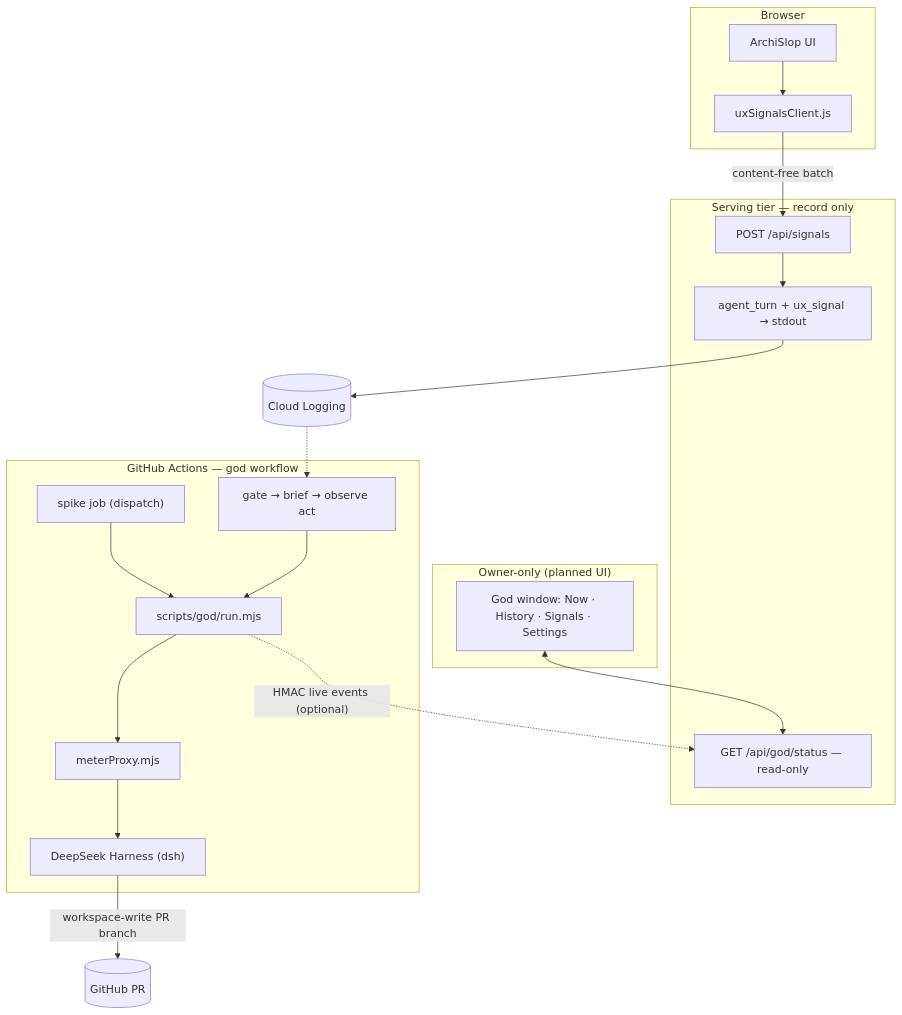
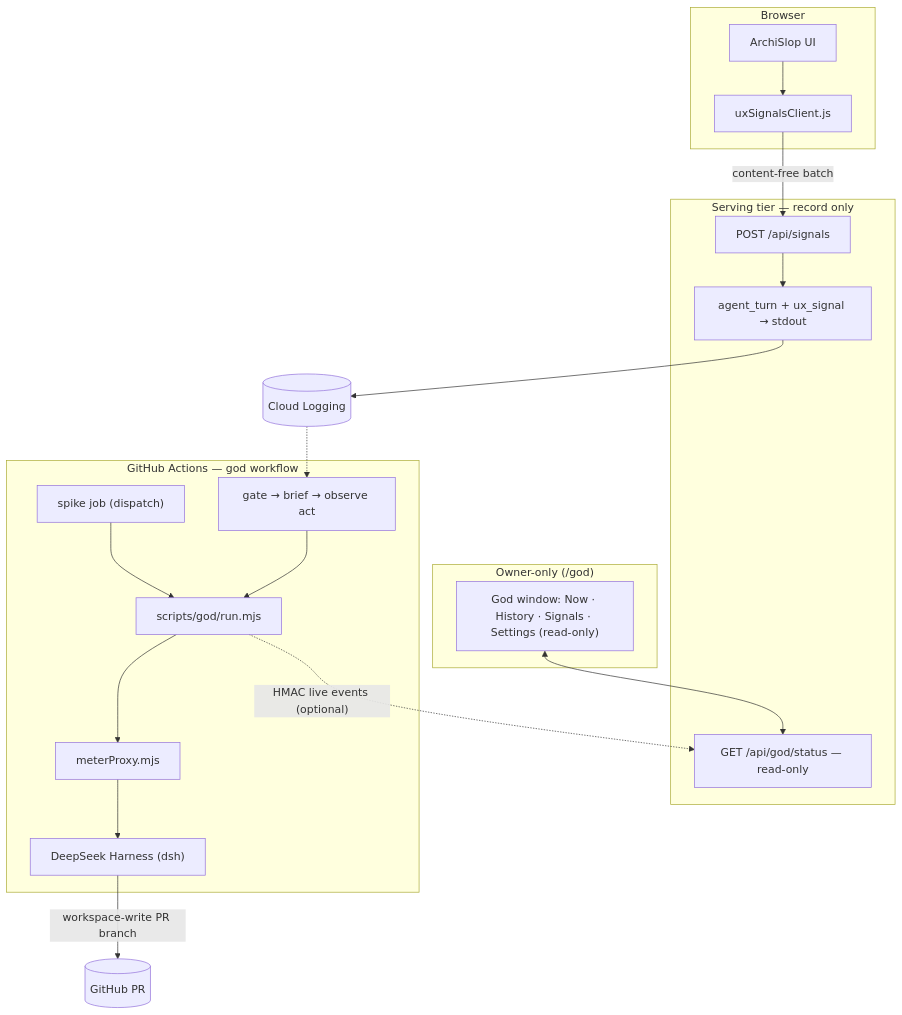
The second of 4 diagrams in docs/guide/archislop-god.md (acuhlmann/mermaid-gen), drawn with Mermaid before and after one commit. The commit also changed 6 other files, not shown here.

First line of the commit message:
docs: refresh ArchiSlop God guides for window and OpenRouter wallet

````diff
--- a/docs/guide/archislop-god.md
+++ b/docs/guide/archislop-god.md
@@ -74,37 +74,37 @@
 ```mermaid
 flowchart TB
   subgraph browser ["Browser"]
     UI["ArchiSlop UI"]
     SigClient["uxSignalsClient.js"]
     UI --> SigClient
   end
 
   subgraph serve ["Serving tier — record only"]
     SigRoute["POST /api/signals"]
     Metrics["agent_turn + ux_signal → stdout"]
     SigClient -->|"content-free batch"| SigRoute
     SigRoute --> Metrics
     GodApi["GET /api/god/status — read-only"]
   end
 
   subgraph gha ["GitHub Actions — god workflow"]
     Spike["spike job (dispatch)"]
     Pipeline["gate → brief → observe act"]
     RunWrap["scripts/god/run.mjs"]
     Meter["meterProxy.mjs"]
     DSH["DeepSeek Harness (dsh)"]
     Spike --> RunWrap
     Pipeline --> RunWrap
     RunWrap --> Meter --> DSH
   end
 
-  subgraph owner ["Owner-only (planned UI)"]
-    Window["God window: Now · History · Signals · Settings"]
+  subgraph owner ["Owner-only (/god)"]
+    Window["God window: Now · History · Signals · Settings (read-only)"]
     Window <--> GodApi
   end
 
   Metrics --> CL[("Cloud Logging")]
   CL -.-> Pipeline
   RunWrap -.->|"HMAC live events (optional)"| GodApi
   DSH -->|"workspace-write PR branch"| GH[("GitHub PR")]
 ```
````
